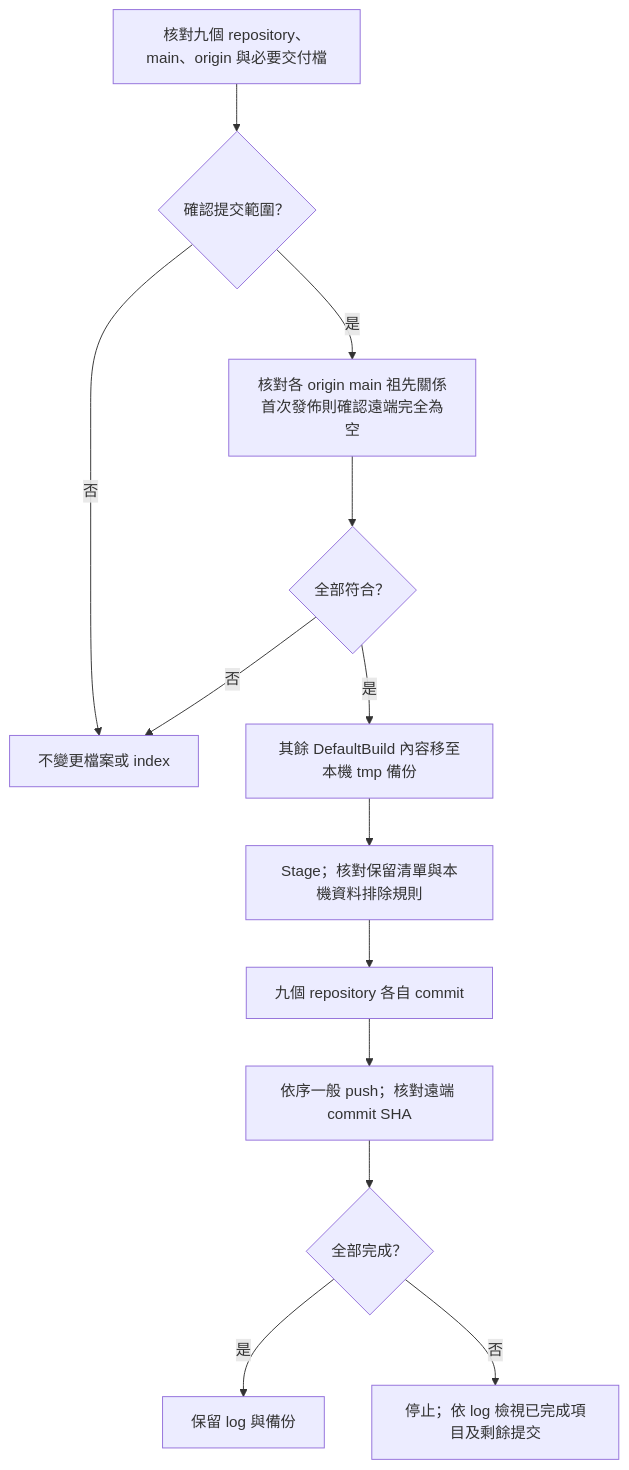
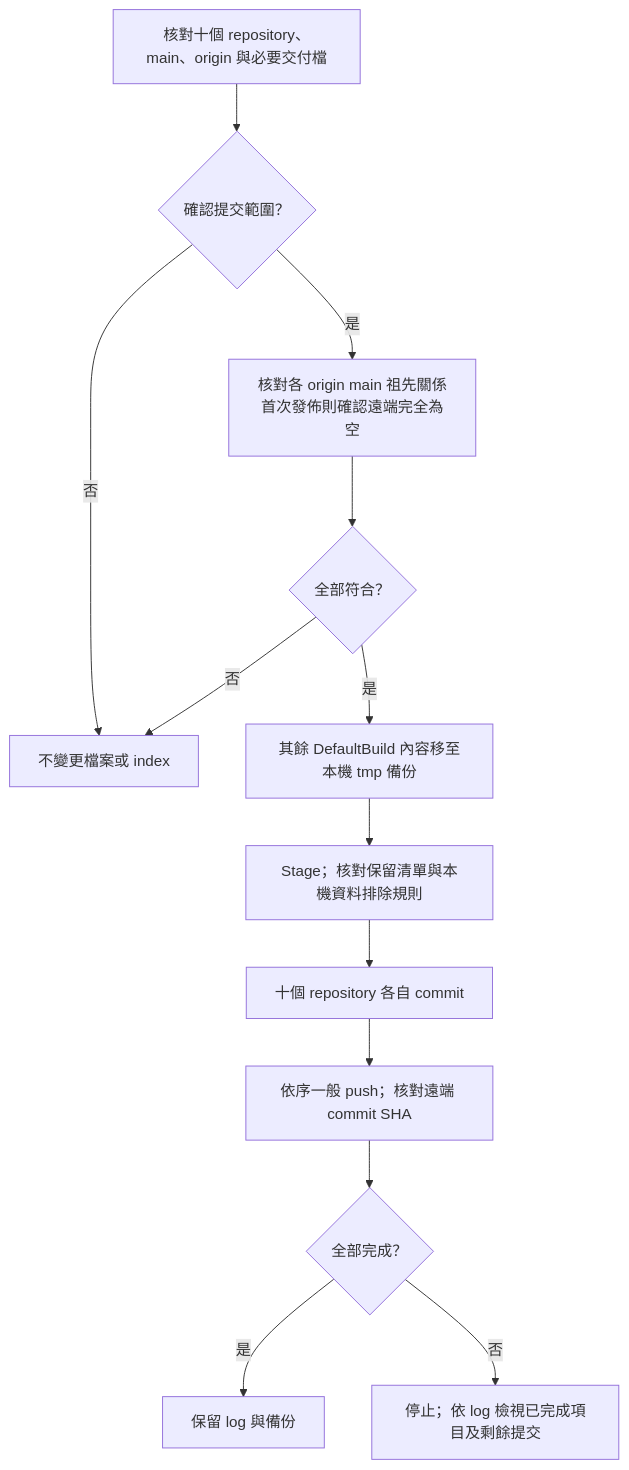
One commit to released/simple_renesas_isp_tool changed the diagram in docs/GITHUB_PUBLISH_zh-TW.md. Above: the diagram before and after it, drawn with Mermaid. The commit also changed other lines of this file and 68 other files, not shown here.

````diff
--- a/docs/GITHUB_PUBLISH_zh-TW.md
+++ b/docs/GITHUB_PUBLISH_zh-TW.md
@@ -77,15 +82,15 @@
 ```mermaid
 flowchart TD
-    PLAN[核對九個 repository、main、origin 與必要交付檔] --> CONFIRM{確認提交範圍？}
+    PLAN[核對十個 repository、main、origin 與必要交付檔] --> CONFIRM{確認提交範圍？}
     CONFIRM -->|否| STOP[不變更檔案或 index]
     CONFIRM -->|是| FETCH[核對各 origin main 祖先關係<br/>首次發佈則確認遠端完全為空]
     FETCH --> VALID{全部符合？}
     VALID -->|否| STOP
     VALID -->|是| BACKUP[其餘 DefaultBuild 內容移至本機 tmp 備份]
     BACKUP --> INDEX[Stage；核對保留清單與本機資料排除規則]
-    INDEX --> COMMIT[九個 repository 各自 commit]
+    INDEX --> COMMIT[十個 repository 各自 commit]
     COMMIT --> PUSH[依序一般 push；核對遠端 commit SHA]
     PUSH --> RESULT{全部完成？}
     RESULT -->|是| OK[保留 log 與備份]
     RESULT -->|否| REVIEW[停止；依 log 檢視已完成項目及剩餘提交]
 ```
````
